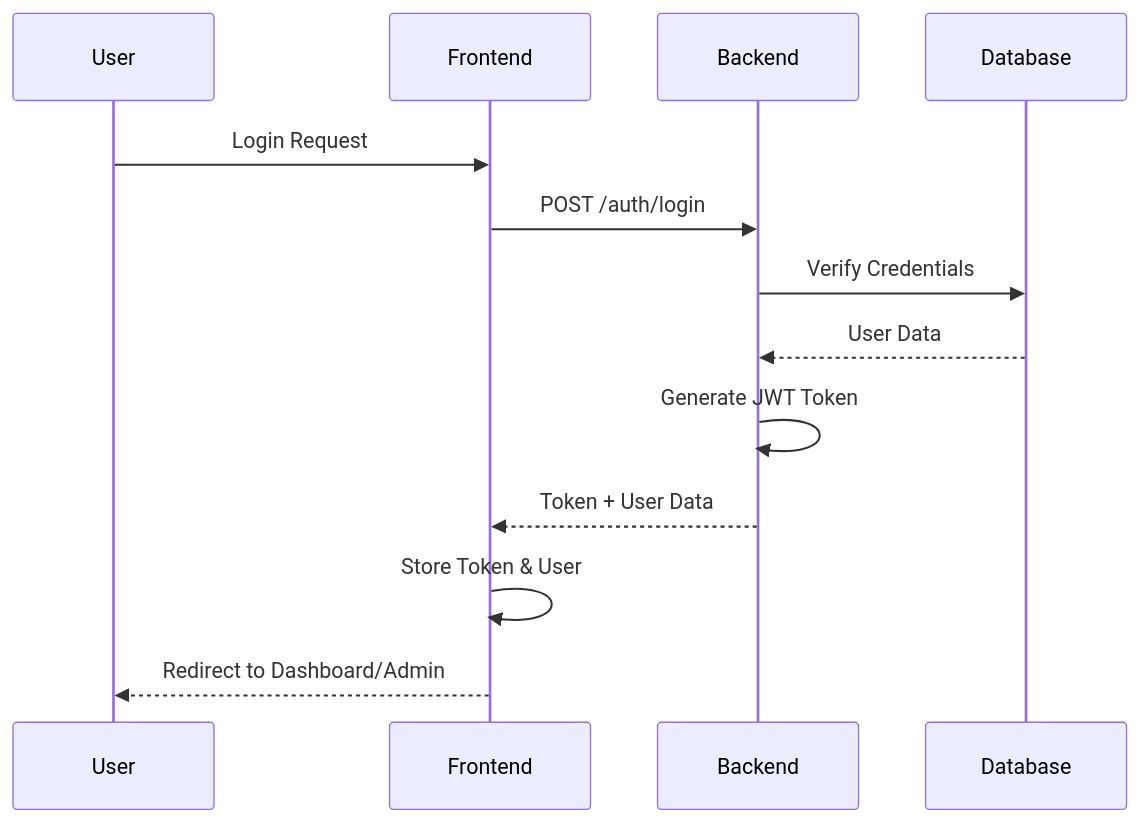
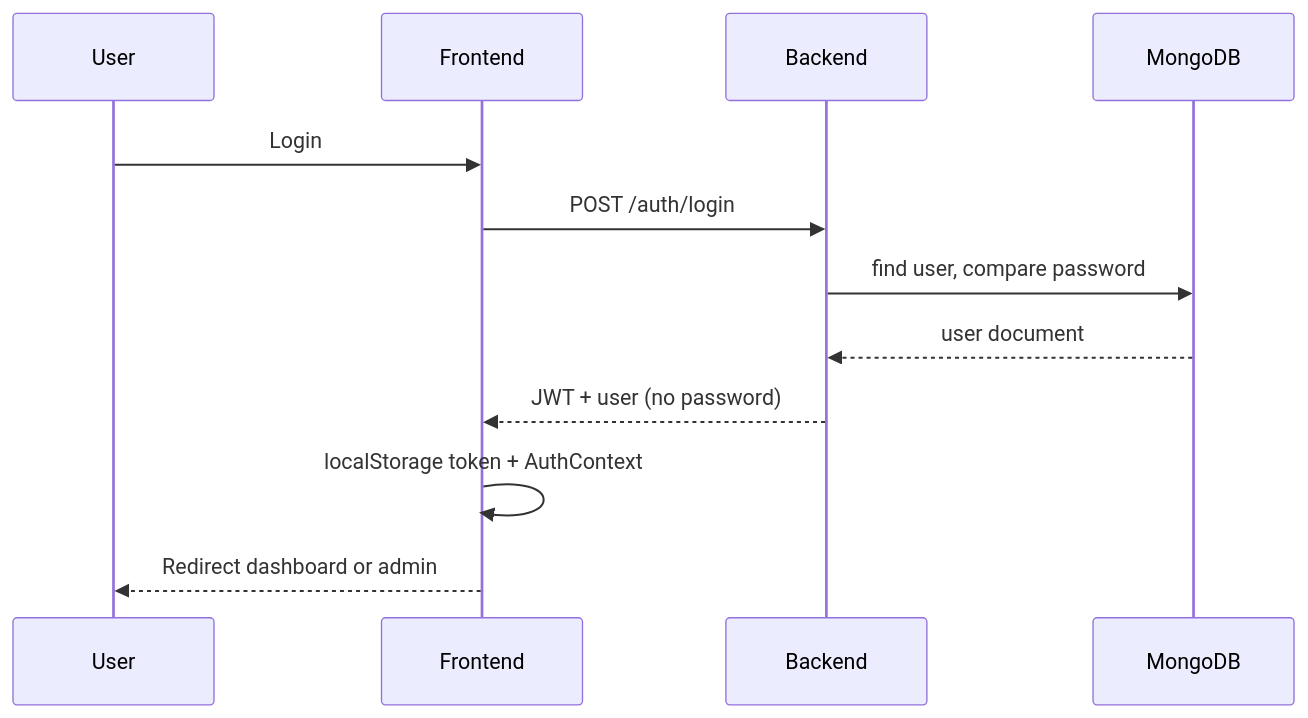
The third of 4 diagrams in docs/System_Architecture.md (basantmahato/AgricultureManagementSystem), drawn with Mermaid before and after one commit. The commit also changed other lines of this file and 4 other files, not shown here.

````diff
--- a/docs/System_Architecture.md
+++ b/docs/System_Architecture.md
@@ -204,16 +207,15 @@
 ```mermaid
 sequenceDiagram
     participant U as User
     participant F as Frontend
     participant B as Backend
-    participant DB as Database
-    
-    U->>F: Login Request
+    participant DB as MongoDB
+
+    U->>F: Login
     F->>B: POST /auth/login
-    B->>DB: Verify Credentials
-    DB-->>B: User Data
-    B->>B: Generate JWT Token
-    B-->>F: Token + User Data
-    F->>F: Store Token & User
-    F-->>U: Redirect to Dashboard/Admin
+    B->>DB: find user, compare password
+    DB-->>B: user document
+    B-->>F: JWT + user (no password)
+    F->>F: localStorage token + AuthContext
+    F-->>U: Redirect dashboard or admin
 ```
````
